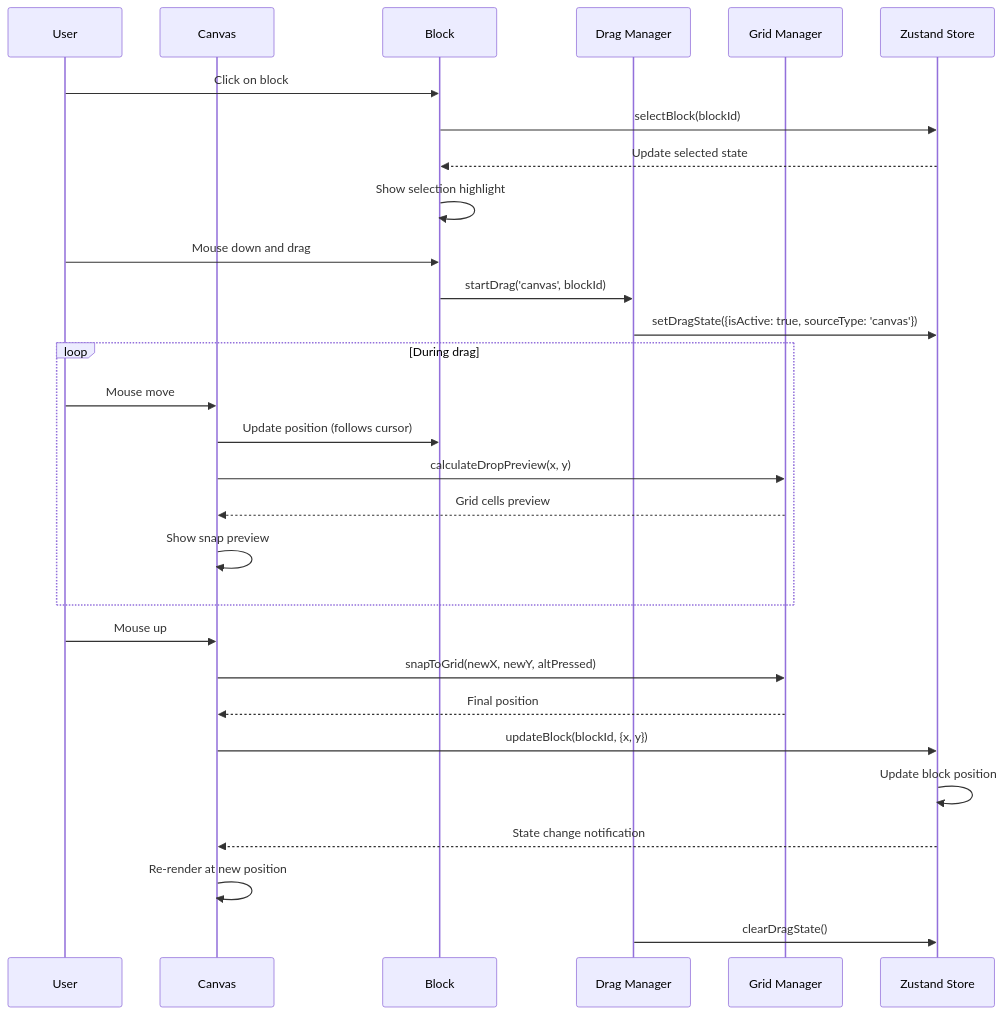
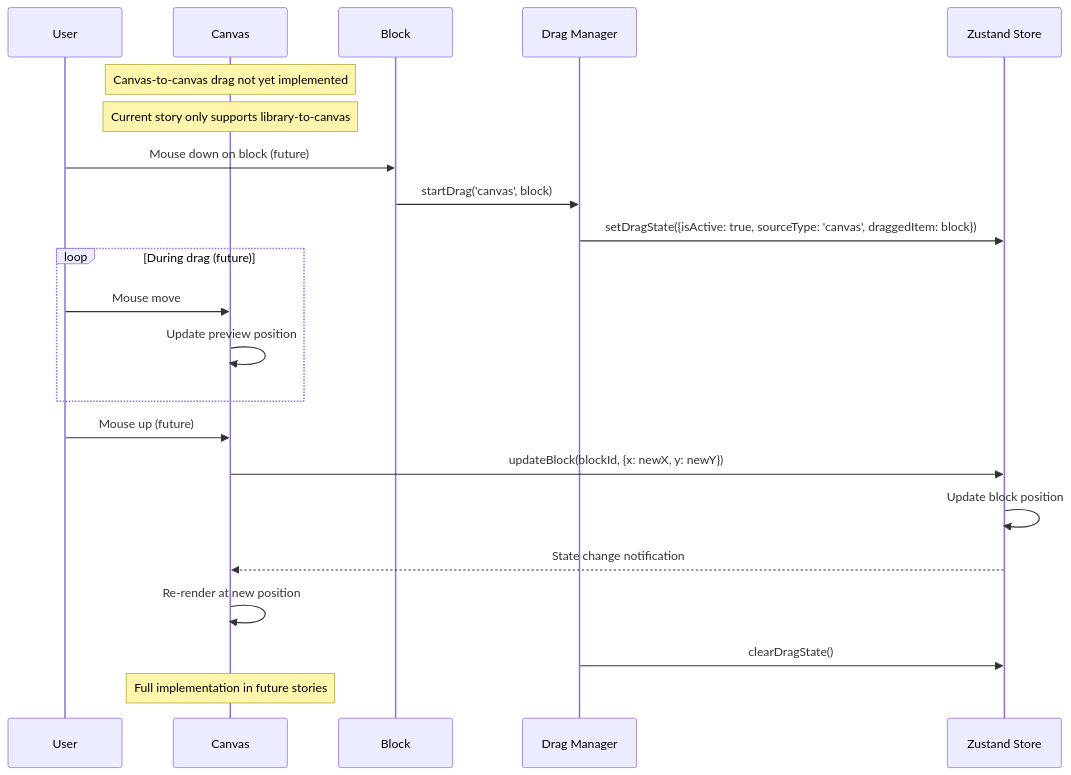
One commit to litkeys/DraftCN changed the fourth of 8 diagrams in docs/architecture.md. Above: the diagram before and after it, drawn with Mermaid. The commit also changed other lines of this file and 1 other file, not shown here.

First line of the commit message:
Drafted story 1.7

````diff
--- a/docs/architecture.md
+++ b/docs/architecture.md
@@ -666,35 +675,29 @@
 ```mermaid
 sequenceDiagram
     participant User
     participant Canvas
     participant Block
     participant DragMgr as Drag Manager
-    participant GridMgr as Grid Manager
     participant Store as Zustand Store
 
-    User->>Block: Click on block
-    Block->>Store: selectBlock(blockId)
-    Store-->>Block: Update selected state
-    Block->>Block: Show selection highlight
-    
-    User->>Block: Mouse down and drag
-    Block->>DragMgr: startDrag('canvas', blockId)
-    DragMgr->>Store: setDragState({isActive: true, sourceType: 'canvas'})
-    
-    loop During drag
+    Note over Canvas: Canvas-to-canvas drag not yet implemented
+    Note over Canvas: Current story only supports library-to-canvas
+
+    User->>Block: Mouse down on block (future)
+    Block->>DragMgr: startDrag('canvas', block)
+    DragMgr->>Store: setDragState({isActive: true, sourceType: 'canvas', draggedItem: block})
+
+    loop During drag (future)
         User->>Canvas: Mouse move
-        Canvas->>Block: Update position (follows cursor)
-        Canvas->>GridMgr: calculateDropPreview(x, y)
-        GridMgr-->>Canvas: Grid cells preview
-        Canvas->>Canvas: Show snap preview
+        Canvas->>Canvas: Update preview position
     end
-    
-    User->>Canvas: Mouse up
-    Canvas->>GridMgr: snapToGrid(newX, newY, altPressed)
-    GridMgr-->>Canvas: Final position
-    Canvas->>Store: updateBlock(blockId, {x, y})
+
+    User->>Canvas: Mouse up (future)
+    Canvas->>Store: updateBlock(blockId, {x: newX, y: newY})
     Store->>Store: Update block position
     Store-->>Canvas: State change notification
     Canvas->>Canvas: Re-render at new position
     DragMgr->>Store: clearDragState()
+
+    Note over Canvas: Full implementation in future stories
 ```
````
